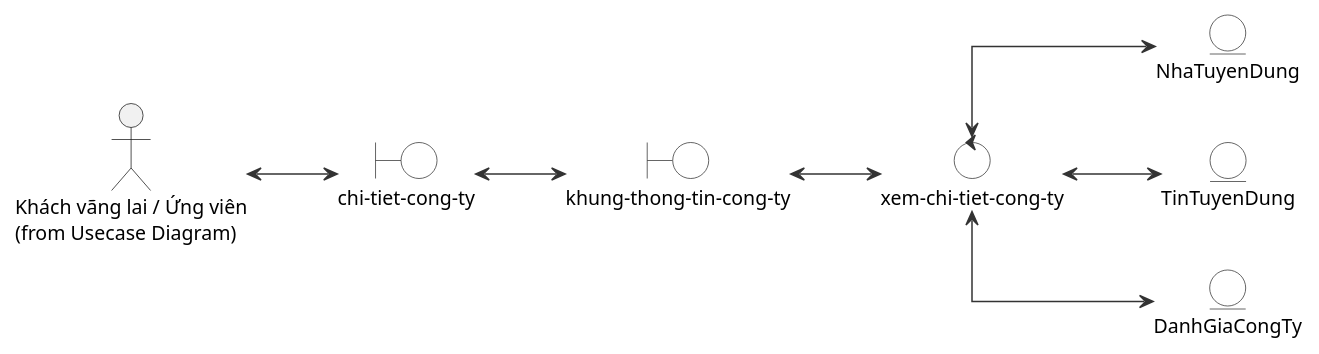
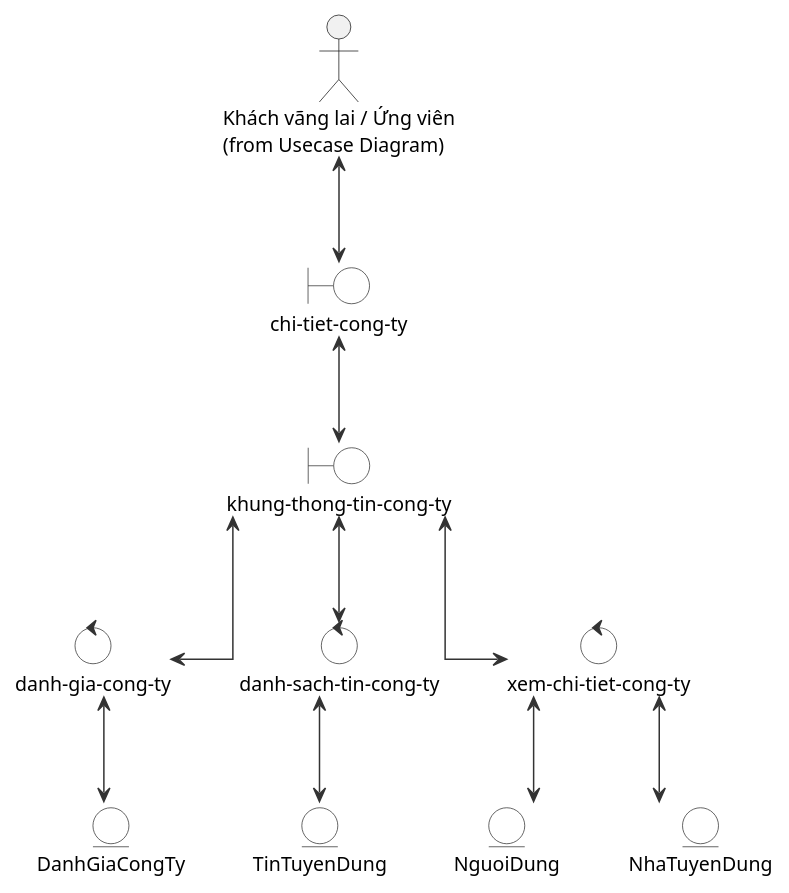
The diagram in docs/so-do/04-robustness/06-robustness-xem-chi-tiet-cong-ty.puml (hole-six/DoAn), drawn with PlantUML before and after one commit. The commit also changed 86 other files, not shown here.

```diff
--- a/docs/so-do/04-robustness/06-robustness-xem-chi-tiet-cong-ty.puml
+++ b/docs/so-do/04-robustness/06-robustness-xem-chi-tiet-cong-ty.puml
@@ -1,39 +1,63 @@
 @startuml
 skinparam defaultFontName "Segoe UI"
 skinparam defaultFontSize 13
 skinparam shadowing false
 skinparam linetype ortho
-left to right direction
+skinparam nodesep 45
+skinparam ranksep 70
+top to bottom direction
 skinparam actorStyle stick
 skinparam roundcorner 8
 skinparam ArrowColor #333333
 skinparam rectangleBorderColor #333333
 skinparam boundary {
   BackgroundColor White
   BorderColor #333333
 }
 skinparam control {
   BackgroundColor White
   BorderColor #333333
 }
 skinparam entity {
   BackgroundColor White
   BorderColor #333333
 }
 
 actor "Khách vãng lai / Ứng viên\n(from Usecase Diagram)" as Actor
-boundary "chi-tiet-cong-ty" as UI
-boundary "khung-thong-tin-cong-ty" as Form
-control "xem-chi-tiet-cong-ty" as Controller
 
-entity "NhaTuyenDung" as MainEntity
-entity "TinTuyenDung" as E1
-entity "DanhGiaCongTy" as E2
+' ── Lớp boundary (màn hình) ──
+together {
+  boundary "chi-tiet-cong-ty" as UI
+  boundary "khung-thong-tin-cong-ty" as Form
+}
 
+' ── Lớp control (xử lý) ──
+together {
+  control "xem-chi-tiet-cong-ty" as Controller
+  control "danh-sach-tin-cong-ty" as TinCtrl
+  control "danh-gia-cong-ty" as DanhGiaCtrl
+}
+
+' ── Lớp entity (dữ liệu) ──
+together {
+  entity "NhaTuyenDung" as NhaTuyenDung
+  entity "NguoiDung" as NguoiDung
+  entity "TinTuyenDung" as TinTuyenDung
+  entity "DanhGiaCongTy" as DanhGiaCongTy
+}
+
+' ── Quan hệ actor ↔ boundary ──
 Actor <--> UI
+
+' ── boundary ↔ boundary / control ──
 UI <--> Form
 Form <--> Controller
-Controller <--> MainEntity
-Controller <--> E1
-Controller <--> E2
+Form <--> TinCtrl
+Form <--> DanhGiaCtrl
+
+' ── control ↔ entity ──
+Controller <--> NhaTuyenDung
+Controller <--> NguoiDung
+TinCtrl <--> TinTuyenDung
+DanhGiaCtrl <--> DanhGiaCongTy
 @enduml
```
